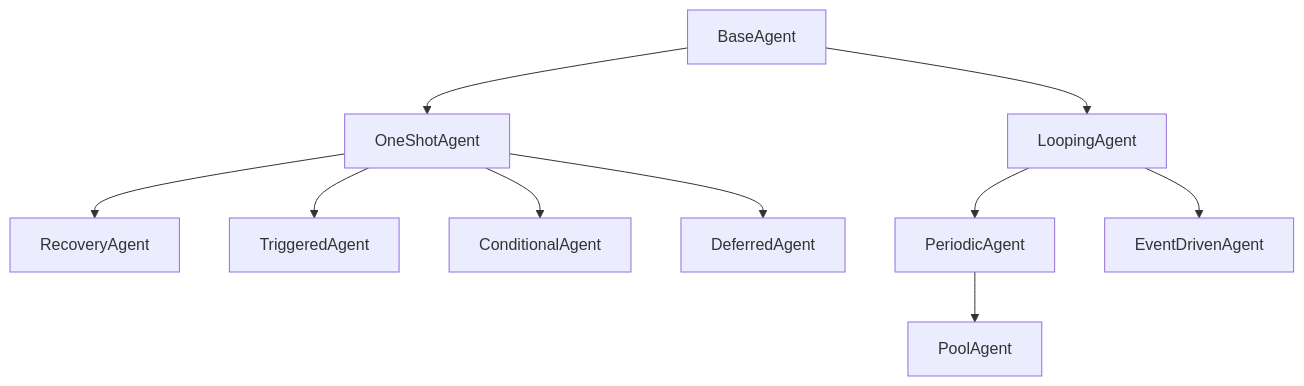
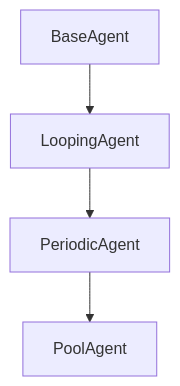
Before and after one commit to giulio333/PyOrchestrate: the first of 2 diagrams in docs/learn/agents/index.mdx, drawn with Mermaid. The commit also changed other lines of this file and 17 other files, not shown here.

````diff
--- a/docs/learn/agents/index.mdx
+++ b/docs/learn/agents/index.mdx
@@ -238,12 +242,6 @@
 ```mermaid
 graph TD
     BaseAgent --> LoopingAgent
-    BaseAgent --> OneShotAgent
-    OneShotAgent --> RecoveryAgent
-    OneShotAgent --> TriggeredAgent
-    OneShotAgent --> ConditionalAgent
-    OneShotAgent --> DeferredAgent
     LoopingAgent --> PeriodicAgent
-    LoopingAgent --> EventDrivenAgent
     PeriodicAgent --> PoolAgent
 ```
````
